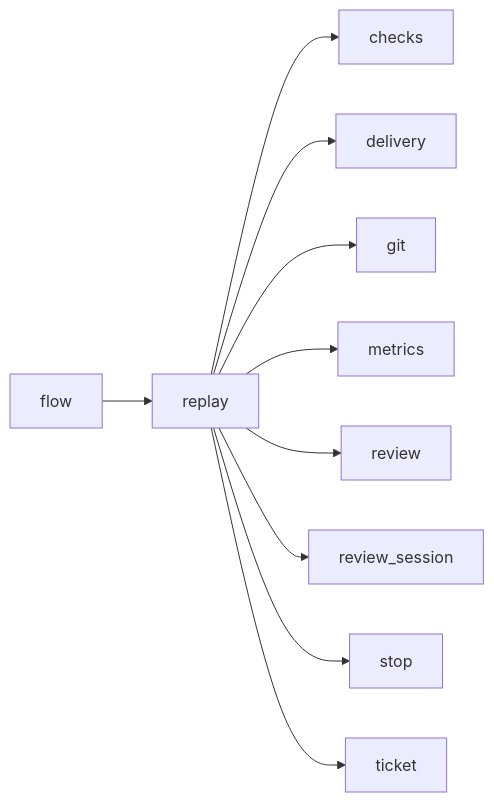
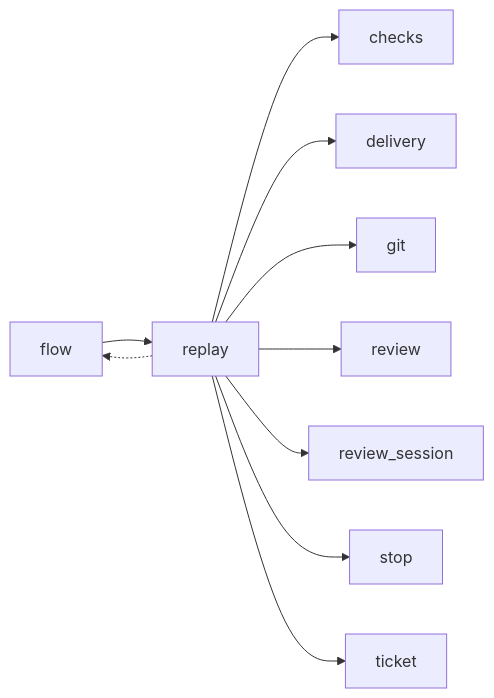
Before and after one commit to plaplanche/ariane: the diagram in docs/architecture/modules/replay.md, drawn with Mermaid. The commit also changed other lines of this file and 33 other files, not shown here.

Commit message:
#120: Generate the module dependency graphs of the architecture docs from the code (C25)

````diff
--- a/docs/architecture/modules/replay.md
+++ b/docs/architecture/modules/replay.md
@@ -15,12 +16,12 @@
 ```mermaid
 flowchart LR
+  flow --> replay
   replay --> checks
   replay --> delivery
+  replay -.-> flow
   replay --> git
-  replay --> metrics
   replay --> review
   replay --> review_session
   replay --> stop
   replay --> ticket
-  flow --> replay
 ```
````
